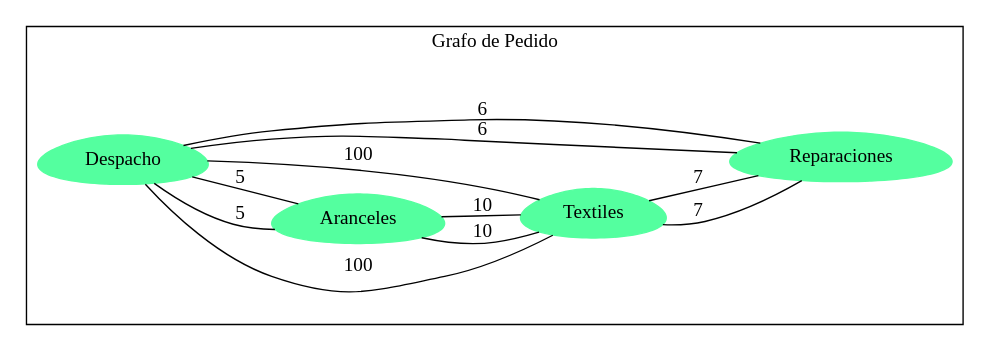
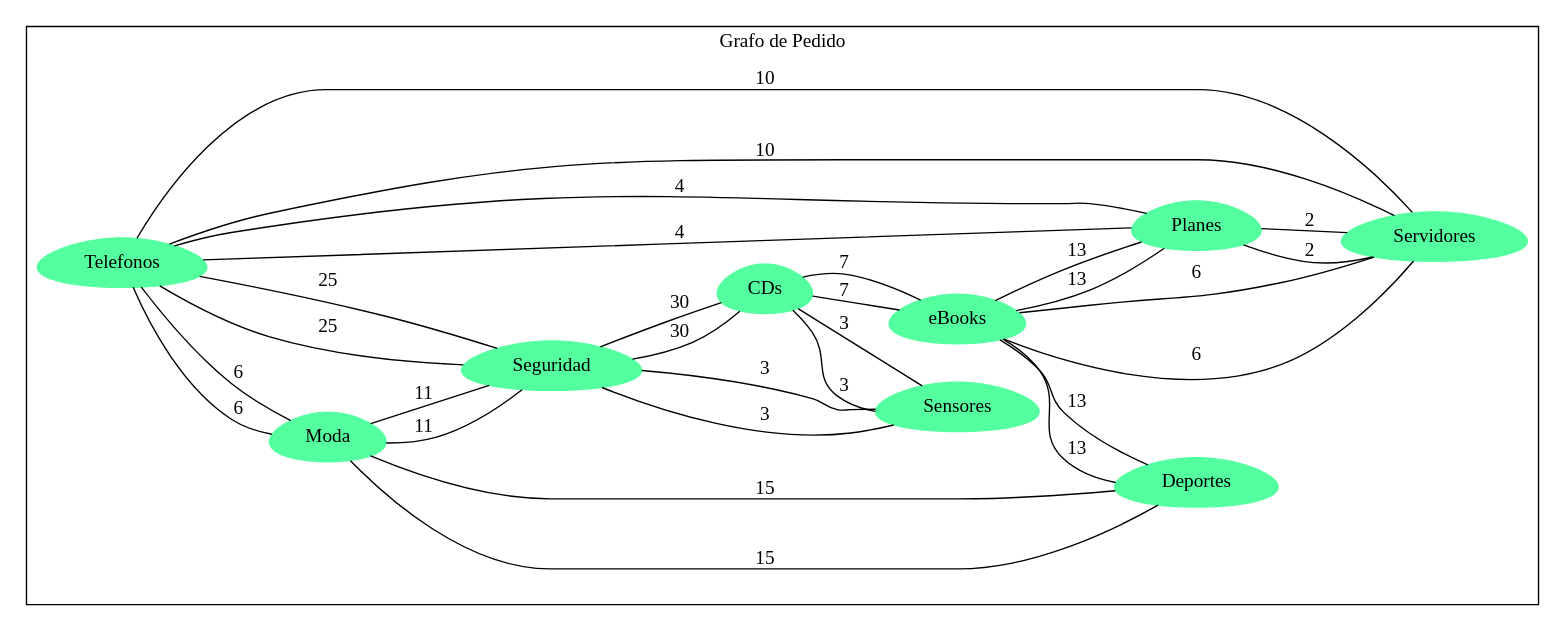
Before and after one commit to MarvEdCV/EDD_VirtualMall_201905554: the diagram in F3/Backend/Grafo.dot, drawn with Graphviz. The commit also changed 46 other files, not shown here.

```diff
--- a/F3/Backend/Grafo.dot
+++ b/F3/Backend/Grafo.dot
@@ -1,21 +1,44 @@
 graph G {
 rankdir = LR; 
 subgraph cluster_1 { 
 node [color=seagreen1, style=filled, shape=egg]; 
-nDespacho[label="Despacho "] 
-nAranceles[label="Aranceles "] 
-nTextiles[label="Textiles "] 
-nReparaciones[label="Reparaciones "] 
-nDespacho -- nAranceles[label=5]
-nDespacho -- nReparaciones[label=6]
-nDespacho -- nTextiles[label=100]
-nAranceles -- nDespacho[label=5]
-nAranceles -- nTextiles[label=10]
-nTextiles -- nDespacho[label=100]
-nTextiles -- nAranceles[label=10]
-nTextiles -- nReparaciones[label=7]
-nReparaciones -- nDespacho[label=6]
-nReparaciones -- nTextiles[label=7]
+nTelefonos[label="Telefonos "] 
+nModa[label="Moda "] 
+nSensores[label="Sensores "] 
+nDeportes[label="Deportes "] 
+neBooks[label="eBooks "] 
+nPlanes[label="Planes "] 
+nCDs[label="CDs "] 
+nSeguridad[label="Seguridad "] 
+nServidores[label="Servidores "] 
+nTelefonos -- nServidores[label=10]
+nTelefonos -- nModa[label=6]
+nTelefonos -- nPlanes[label=4]
+nTelefonos -- nSeguridad[label=25]
+nModa -- nTelefonos[label=6]
+nModa -- nDeportes[label=15]
+nModa -- nSeguridad[label=11]
+nSensores -- nSeguridad[label=3]
+nSensores -- nCDs[label=3]
+nDeportes -- nModa[label=15]
+nDeportes -- neBooks[label=13]
+neBooks -- nDeportes[label=13]
+neBooks -- nCDs[label=7]
+neBooks -- nServidores[label=6]
+neBooks -- nPlanes[label=13]
+nPlanes -- nServidores[label=2]
+nPlanes -- neBooks[label=13]
+nPlanes -- nTelefonos[label=4]
+nCDs -- neBooks[label=7]
+nCDs -- nSeguridad[label=30]
+nCDs -- nSensores[label=3]
+nSeguridad -- nSensores[label=3]
+nSeguridad -- nCDs[label=30]
+nSeguridad -- nModa[label=11]
+nSeguridad -- nTelefonos[label=25]
+nServidores -- nTelefonos[label=10]
+nServidores -- neBooks[label=6]
+nServidores -- nPlanes[label=2]
 label = "Grafo de Pedido";
 }
 }
```
